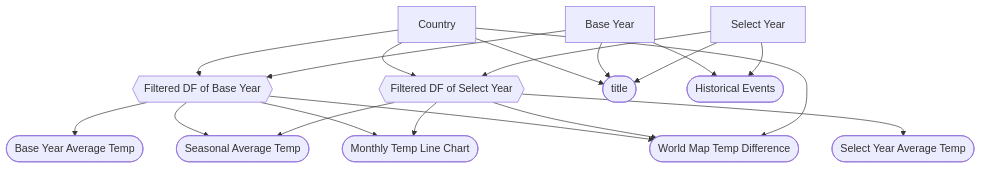
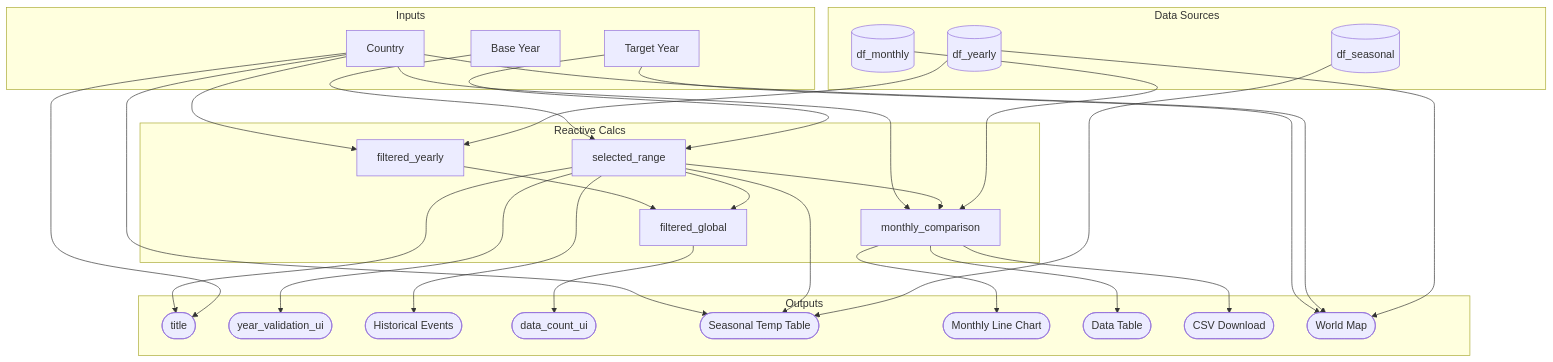
Before and after one commit to UBC-MDS/DSCI-532_2026_26_TempTales: the diagram in reports/m2_spec.md, drawn with Mermaid. The commit also changed other lines of this file, not shown here.

Commit message:
docs: fix inconsistancies in m2_spec

````diff
--- a/reports/m2_spec.md
+++ b/reports/m2_spec.md
@@ -41,21 +43,61 @@
 ```mermaid
 flowchart TD
-  C[Country] --> FB{{Filtered DF of Base Year}}
-  C[Country] --> FS{{Filtered DF of Select Year}}
-  B[Base Year] --> FB
-  S[Select Year] --> FS
-  C --> TITLE([title])
-  B --> TITLE([title])
-  S --> TITLE([title])
-  B --> HIST([Historical Events])
-  S --> HIST([Historical Events])
-  FB --> YB([Base Year Average Temp])
-  FS --> YS([Select Year Average Temp])
-  FB --> ST([Seasonal Average Temp])
-  FS --> ST([Seasonal Average Temp])
-  FB --> MLP([Monthly Temp Line Chart])
-  FS --> MLP([Monthly Temp Line Chart])
-  FB --> WM([World Map Temp Difference])
-  FS --> WM([World Map Temp Difference])
-  C --> WM([World Map Temp Difference])
+  subgraph Inputs
+    C[Country]
+    B[Base Year]
+    S[Target Year]
+  end
+
+  subgraph Reactive Calcs
+    SR[selected_range]
+    FY[filtered_yearly]
+    FG[filtered_global]
+    MC[monthly_comparison]
+  end
+
+  subgraph Data Sources
+    DY[(df_yearly)]
+    DM[(df_monthly)]
+    DS[(df_seasonal)]
+  end
+
+  subgraph Outputs
+    TITLE([title])
+    VALID([year_validation_ui])
+    HIST([Historical Events])
+    DC([data_count_ui])
+    ST([Seasonal Temp Table])
+    MLP([Monthly Line Chart])
+    DT([Data Table])
+    CSV([CSV Download])
+    WM([World Map])
+  end
+
+  B --> SR
+  S --> SR
+  C --> FY
+  DY --> FY
+  FY --> FG
+  SR --> FG
+  C --> MC
+  SR --> MC
+  DM --> MC
+
+  SR --> TITLE
+  C --> TITLE
+  SR --> VALID
+  SR --> HIST
+  FG --> DC
+
+  C --> ST
+  SR --> ST
+  DS --> ST
+
+  MC --> MLP
+  MC --> DT
+  MC --> CSV
+
+  S --> WM
+  C --> WM
+  DY --> WM
 ```
````
